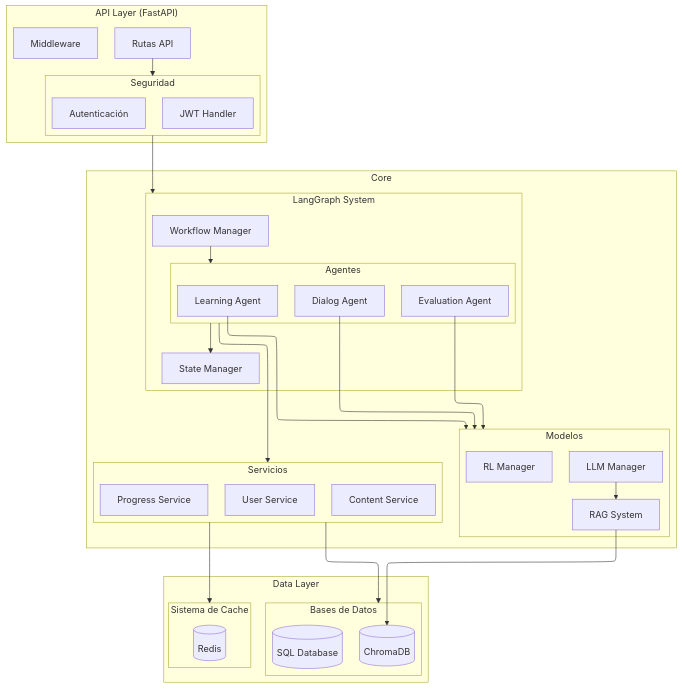
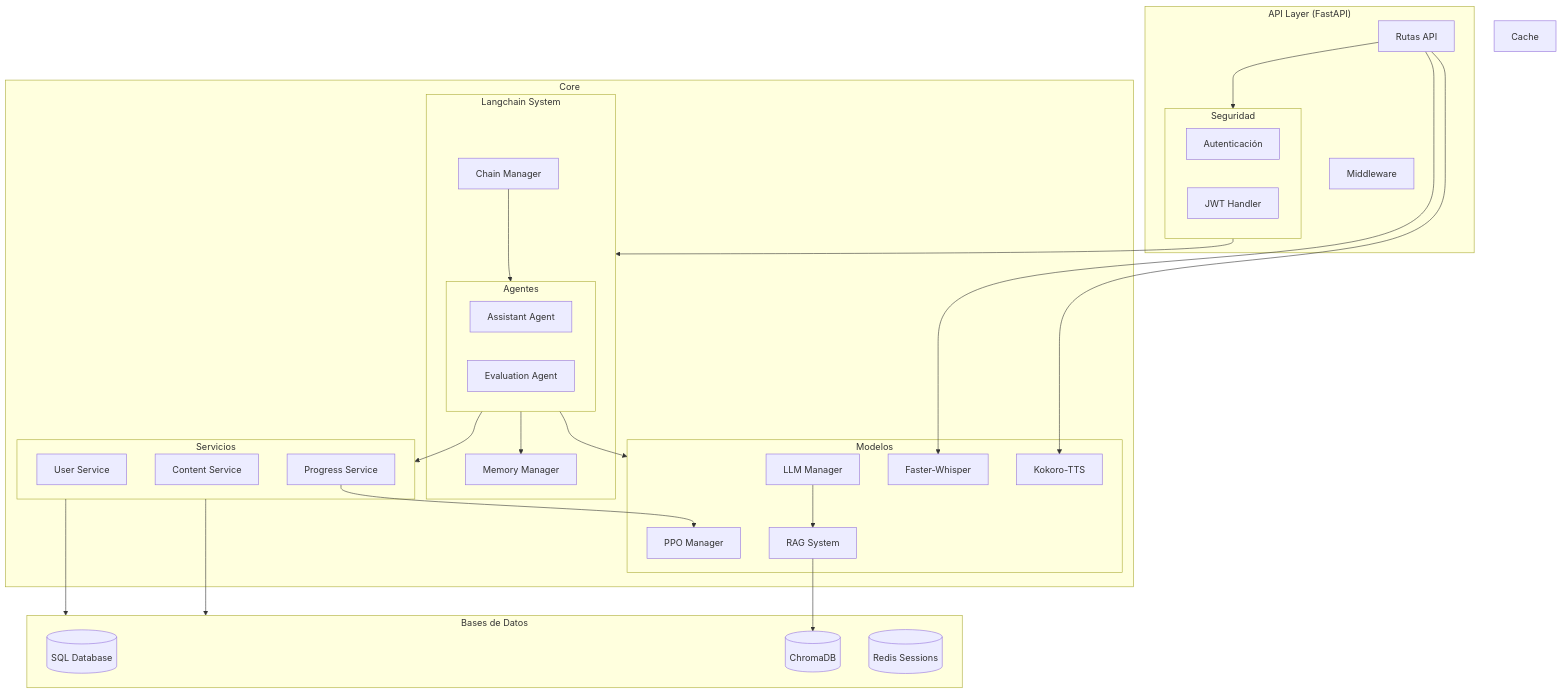
The diagram in figuras/raw/backend.mmd (EmaSuriano/language-learning-paper), drawn with Mermaid before and after one commit. The commit also changed 23 other files, not shown here.

```diff
--- a/figuras/raw/backend.mmd
+++ b/figuras/raw/backend.mmd
@@ -1,81 +1,74 @@
 ---
 config:
   look: classic
-  layout: elk
-  theme: mc
 ---
 flowchart TB
  subgraph Security["Seguridad"]
         Auth["Autenticación"]
         JWT["JWT Handler"]
   end
  subgraph API["API Layer (FastAPI)"]
         Routes["Rutas API"]
         Middleware["Middleware"]
         Security
   end
  subgraph Agents["Agentes"]
     direction LR
-        LA["Learning Agent"]
-        DA["Dialog Agent"]
+        Assistant["Assistant Agent"]
         EA["Evaluation Agent"]
   end
- subgraph LangGraph["LangGraph System"]
-        WorkFlow["Workflow Manager"]
+ subgraph LangchainSystem["Langchain System"]
+        Chain["Chain Manager"]
         Agents
-        State["State Manager"]
+        Memory["Memory Manager"]
   end
  subgraph Models["Modelos"]
         LLM["LLM Manager"]
-        RL["RL Manager"]
+        PPO["PPO Manager"]
         RAG["RAG System"]
+        Whisper["Faster-Whisper"]
+        KokoroTTS["Kokoro-TTS"]
   end
  subgraph Services["Servicios"]
         UserService["User Service"]
         ContentService["Content Service"]
         ProgressService["Progress Service"]
   end
  subgraph Core["Core"]
-        LangGraph
+        LangchainSystem
         Models
         Services
   end
  subgraph DB["Bases de Datos"]
         SQL[("SQL Database")]
         Vector[("ChromaDB")]
+        Redis[("Redis Sessions")]
   end
- subgraph Cache["Sistema de Cache"]
-        Redis[("Redis")]
-  end
- subgraph Data["Data Layer"]
-        DB
-        Cache
-  end
-    Routes --> Security
-    Security --> LangGraph
-    WorkFlow --> Agents
-    Agents --> State & Services
-    LA --> Models
-    DA --> Models
-    EA --> Models
+    Routes --> Security & Whisper & KokoroTTS
+    Security --> LangchainSystem
+    Chain --> Agents
+    Agents --> Memory & Services & Models
     LLM --> RAG
     RAG --> Vector
-    Services --> DB & Cache
+    Services --> DB & DB
+    ProgressService --> PPO
+    Cache["Cache"]
+     Auth:::api
+     JWT:::api
      Routes:::api
      Middleware:::api
-     Auth:::api
-     JWT:::api
-     WorkFlow:::agents
-     LA:::agents
-     DA:::agents
+     Security:::api
+     Assistant:::agents
      EA:::agents
-     State:::agents
+     Chain:::agents
+     Memory:::agents
      LLM:::models
-     RL:::models
+     PPO:::models
      RAG:::models
+     Whisper:::models
+     KokoroTTS:::models
      SQL:::data
      Vector:::data
      Redis:::data
-     Security:::api
      DB:::data
      Cache:::data
```
